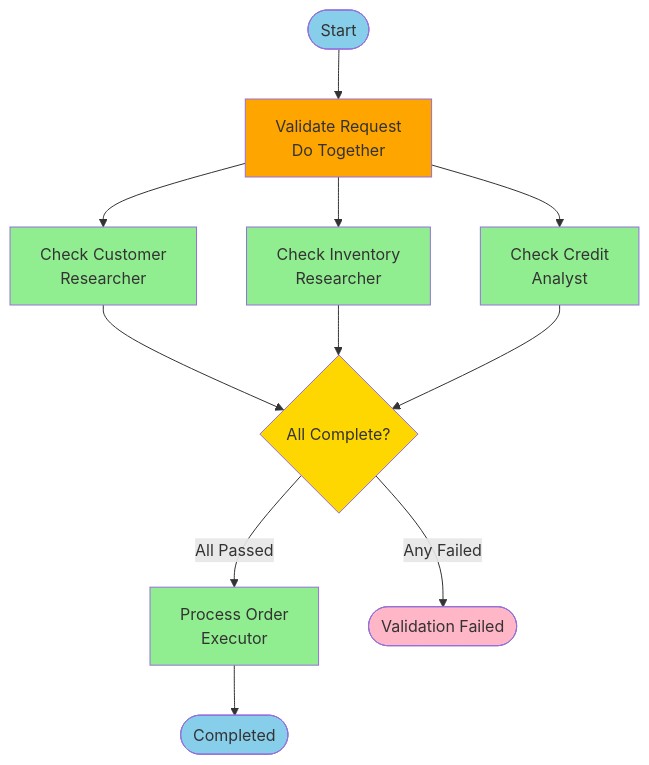
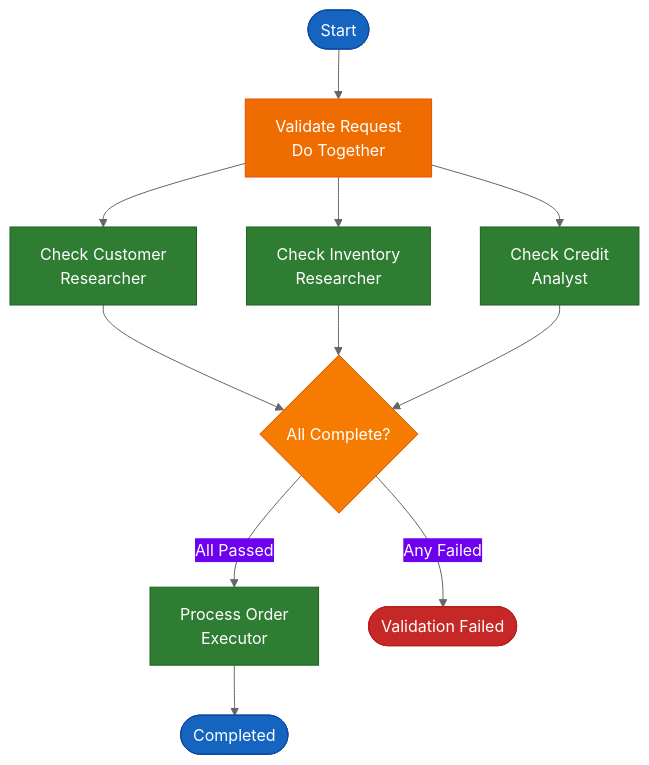
The fifth of 11 diagrams in docs/reference/visual-patterns.md (gcowin/approachable-workflows), drawn with Mermaid before and after one commit. The commit also changed other lines of this file and 1 other file, not shown here.

````diff
--- a/docs/reference/visual-patterns.md
+++ b/docs/reference/visual-patterns.md
@@ -191,23 +195,24 @@
 ```mermaid
+%%{init: {'theme':'base', 'themeVariables': {'primaryColor':'#EF6C00','primaryTextColor':'#fff','lineColor':'#666'}}}%%
 graph TD
     Start([Start]) --> A[Validate Request<br/>Do Together]
     A --> B[Check Customer<br/>Researcher]
     A --> C[Check Inventory<br/>Researcher]
     A --> D[Check Credit<br/>Analyst]
     B --> E{All Complete?}
     C --> E
     D --> E
     E -->|All Passed| F[Process Order<br/>Executor]
     E -->|Any Failed| G([Validation Failed])
     F --> H([Completed])
     
-    style Start fill:#87CEEB
-    style A fill:#FFA500
-    style B fill:#90EE90
-    style C fill:#90EE90
-    style D fill:#90EE90
-    style E fill:#FFD700
-    style F fill:#90EE90
-    style G fill:#FFB6C6
-    style H fill:#87CEEB
+    style Start fill:#1565C0,stroke:#0D47A1,color:#fff
+    style A fill:#EF6C00,stroke:#E65100,color:#fff
+    style B fill:#2E7D32,stroke:#1B5E20,color:#fff
+    style C fill:#2E7D32,stroke:#1B5E20,color:#fff
+    style D fill:#2E7D32,stroke:#1B5E20,color:#fff
+    style E fill:#F57C00,stroke:#E65100,color:#fff
+    style F fill:#2E7D32,stroke:#1B5E20,color:#fff
+    style G fill:#C62828,stroke:#B71C1C,color:#fff
+    style H fill:#1565C0,stroke:#0D47A1,color:#fff
 ```
````
